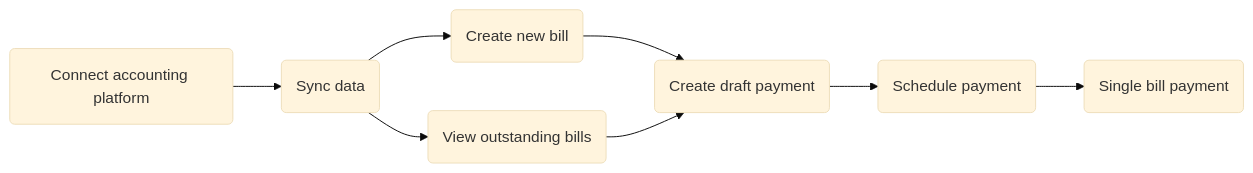
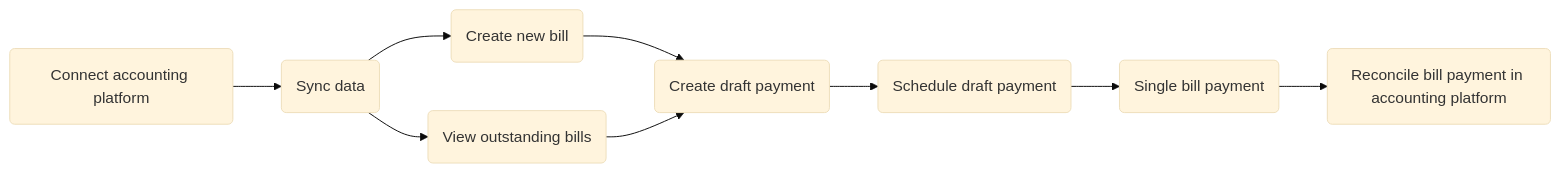
Before and after one commit to codatio/codat-docs: the diagram in docs/payables/bill-pay-kit.md, drawn with Mermaid (base theme).

Commit message:
updating diagram

````diff
--- a/docs/payables/bill-pay-kit.md
+++ b/docs/payables/bill-pay-kit.md
@@ -23,12 +23,13 @@
 ```mermaid
 
   flowchart LR
     A(Connect accounting platform) --> B(Sync data)
     B --> H(Create new bill)
     H --> D
     B --> C(View outstanding bills)
     C -->D(Create draft payment)
-    D -->E(Schedule payment)
+    D -->E(Schedule draft payment)
     E -->F(Single bill payment)
+    F -->G(Reconcile bill payment in accounting platform)
 
 ```
````
